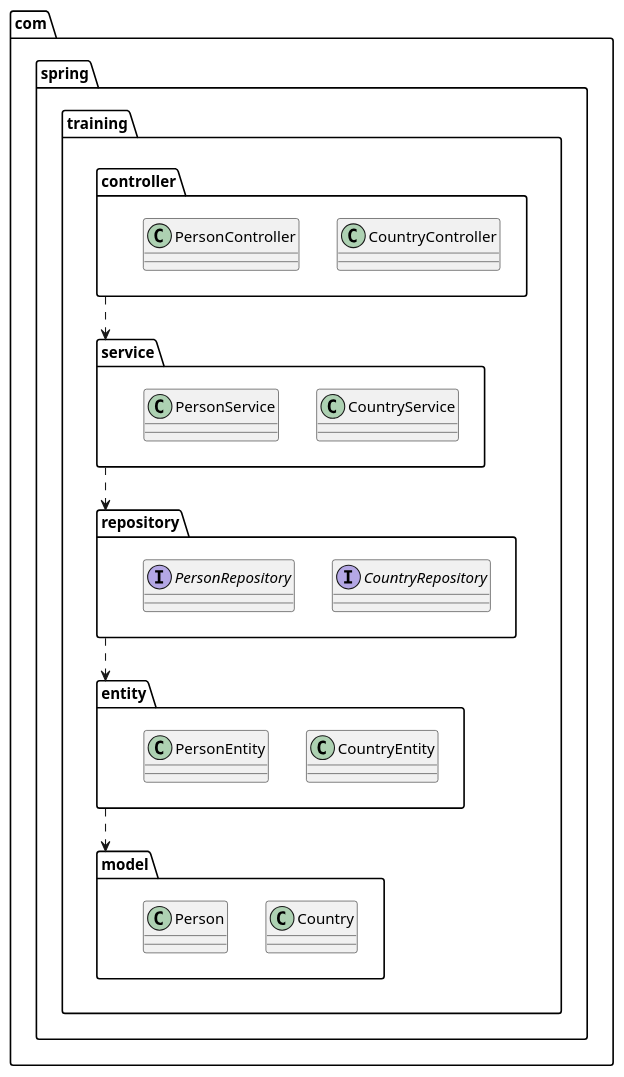
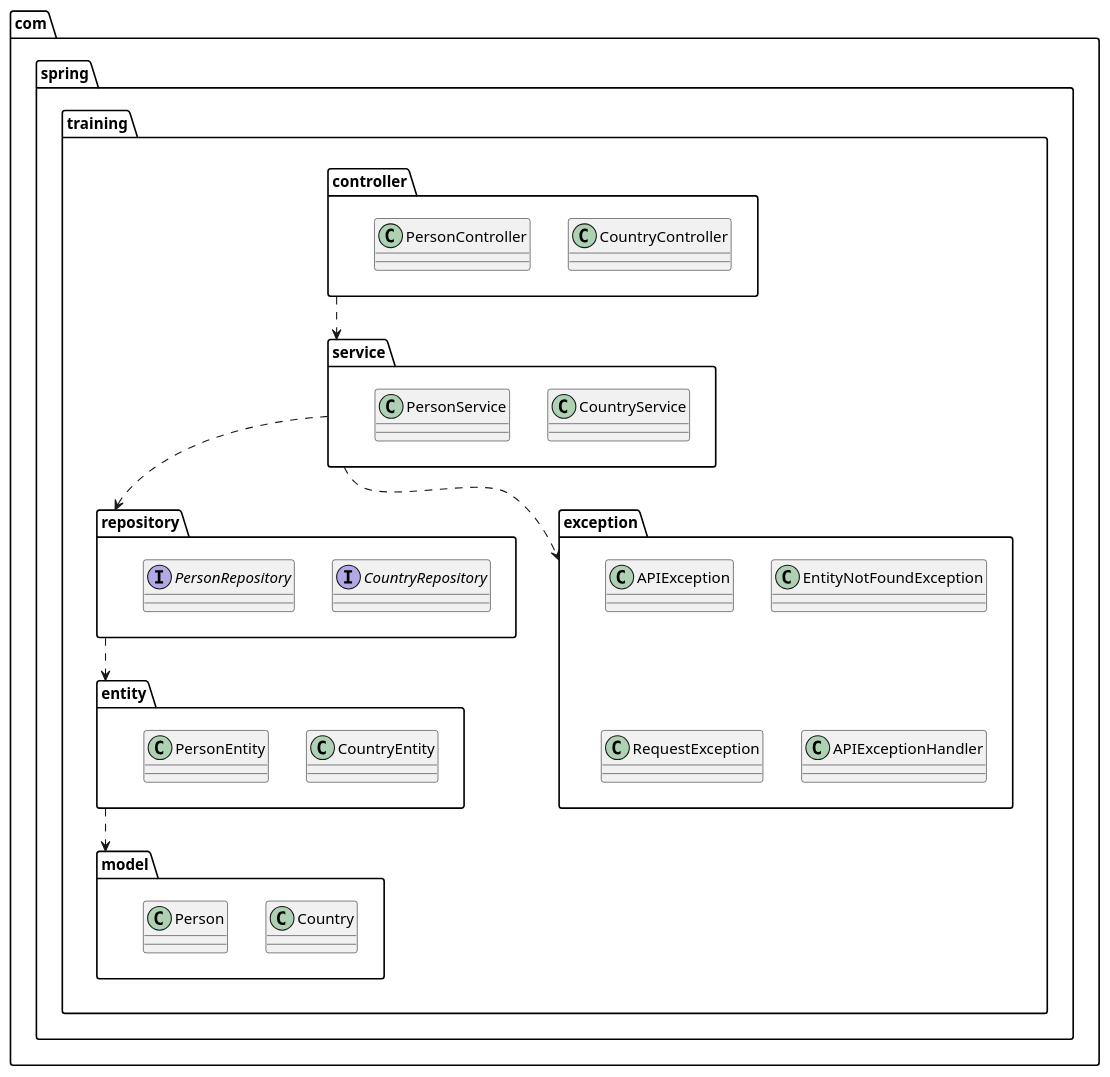
One commit to laminba2003/spring-rest-services changed the first of 5 diagrams in src/main/asciidoc/index.adoc. Above: the diagram before and after it, drawn with PlantUML. The commit also changed other lines of this file and 2 other files, not shown here.

Commit message:
improvements

```diff
--- a/src/main/asciidoc/index.adoc
+++ b/src/main/asciidoc/index.adoc
@@ -24,34 +25,43 @@
 [plantuml, Package-diagram, png]
 ----
 
 package com.spring.training.model {
     class Country
     class Person
 }
 
 package com.spring.training.entity {
     class CountryEntity
     class PersonEntity
 }
 
 package com.spring.training.repository {
     interface CountryRepository
     interface PersonRepository
 }
 
+package com.spring.training.exception {
+    class APIException
+    class EntityNotFoundException
+    class RequestException
+    class APIExceptionHandler
+}
+
 package com.spring.training.service {
     class CountryService
     class PersonService
 }
 
 package com.spring.training.controller {
     class CountryController
     class PersonController
 }
 
+
 com.spring.training.entity ..> com.spring.training.model
 com.spring.training.repository ..> com.spring.training.entity
 com.spring.training.service ..> com.spring.training.repository
+com.spring.training.service ..> com.spring.training.exception
 com.spring.training.controller ..> com.spring.training.service
 
 ----
```
